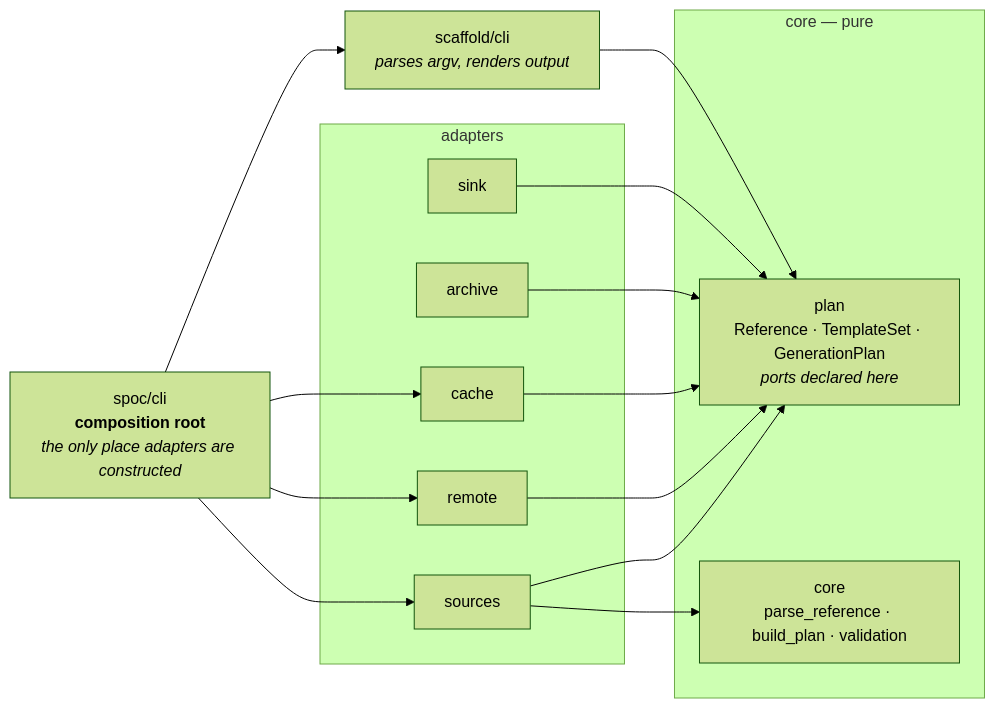
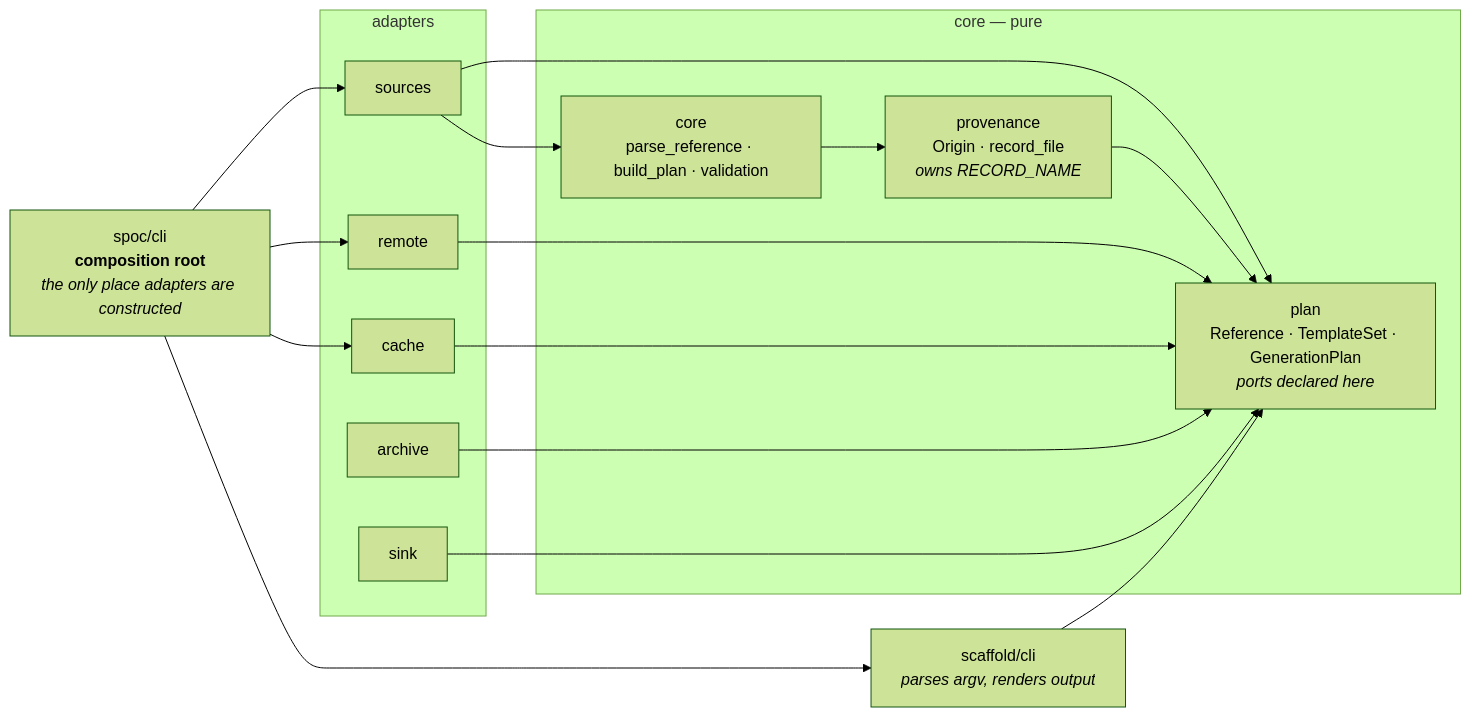
One commit to hlop3z/spoc changed the fourth of 4 diagrams in docs/architecture/scaffold-resolution.md. Above: the diagram before and after it, drawn with Mermaid (forest theme). The commit also changed other lines of this file and 1 other file, not shown here.

First line of the commit message:
docs(scaffold): correct the provenance promise, draw plan composition

````diff
--- a/docs/architecture/scaffold-resolution.md
+++ b/docs/architecture/scaffold-resolution.md
@@ -100,30 +135,33 @@
 ```mermaid
 flowchart LR
     subgraph core ["core — pure"]
         plan["plan<br/>Reference · TemplateSet · GenerationPlan<br/><i>ports declared here</i>"]
         corefns["core<br/>parse_reference · build_plan · validation"]
+        provenance["provenance<br/>Origin · record_file<br/><i>owns RECORD_NAME</i>"]
     end
 
     subgraph adapters ["adapters"]
         sources["sources"]
         remote["remote"]
         cache["cache"]
         archive["archive"]
         sink["sink"]
     end
 
     cliadapter["scaffold/cli<br/><i>parses argv, renders output</i>"]
     root["spoc/cli<br/><b>composition root</b><br/><i>the only place adapters are constructed</i>"]
 
     sources --> plan
     remote --> plan
     cache --> plan
     archive --> plan
     sink --> plan
     sources --> corefns
+    provenance --> plan
+    corefns --> provenance
     cliadapter --> plan
     root --> sources
     root --> remote
     root --> cache
     root --> cliadapter
 ```
````
